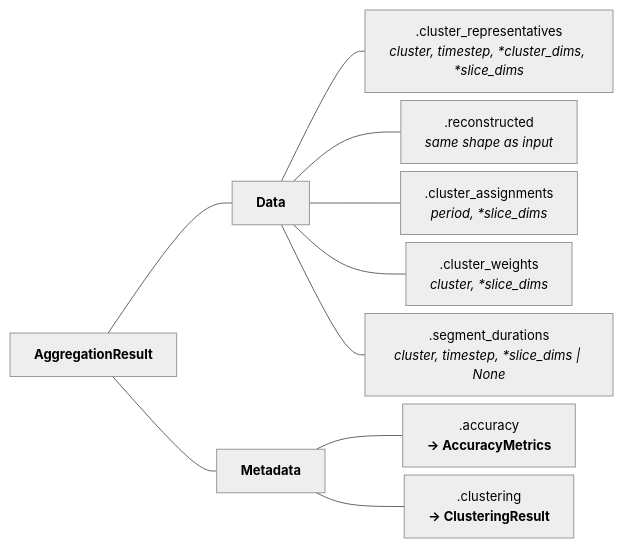
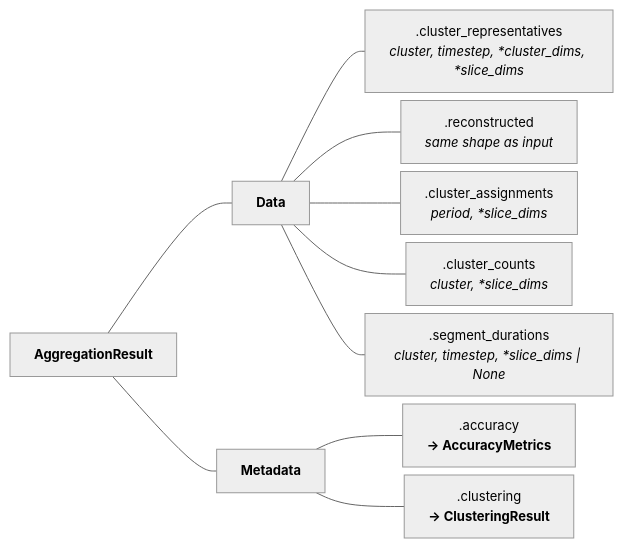
One commit to FBumann/tsam_xarray changed the second of 3 diagrams in docs/data-model.md. Above: the diagram before and after it, drawn with Mermaid. The commit also changed 8 other files, not shown here.

First line of the commit message:
feat: support tsam v4 (cluster_counts rename, ClusterConfig.weights removal)

````diff
--- a/docs/data-model.md
+++ b/docs/data-model.md
@@ -24,17 +24,17 @@
 ```mermaid
 %%{init: {'theme': 'neutral', 'themeVariables': {'fontSize': '13px'}, 'flowchart': {'padding': 12, 'nodeSpacing': 8, 'rankSpacing': 40, 'htmlLabels': true}}}%%
 graph LR
     R["<b>AggregationResult</b>"]
 
     R --- D["<b>Data</b>"]
     R --- Meta["<b>Metadata</b>"]
 
     D --- F1[".cluster_representatives<br/><i>cluster, timestep, *cluster_dims, *slice_dims</i>"]
     D --- F2[".reconstructed<br/><i>same shape as input</i>"]
     D --- F3[".cluster_assignments<br/><i>period, *slice_dims</i>"]
-    D --- F4[".cluster_weights<br/><i>cluster, *slice_dims</i>"]
+    D --- F4[".cluster_counts<br/><i>cluster, *slice_dims</i>"]
     D --- F5[".segment_durations<br/><i>cluster, timestep, *slice_dims | None</i>"]
 
     Meta --- A[".accuracy<br/><b>→ AccuracyMetrics</b>"]
     Meta --- C[".clustering<br/><b>→ ClusteringResult</b>"]
 ```
````
